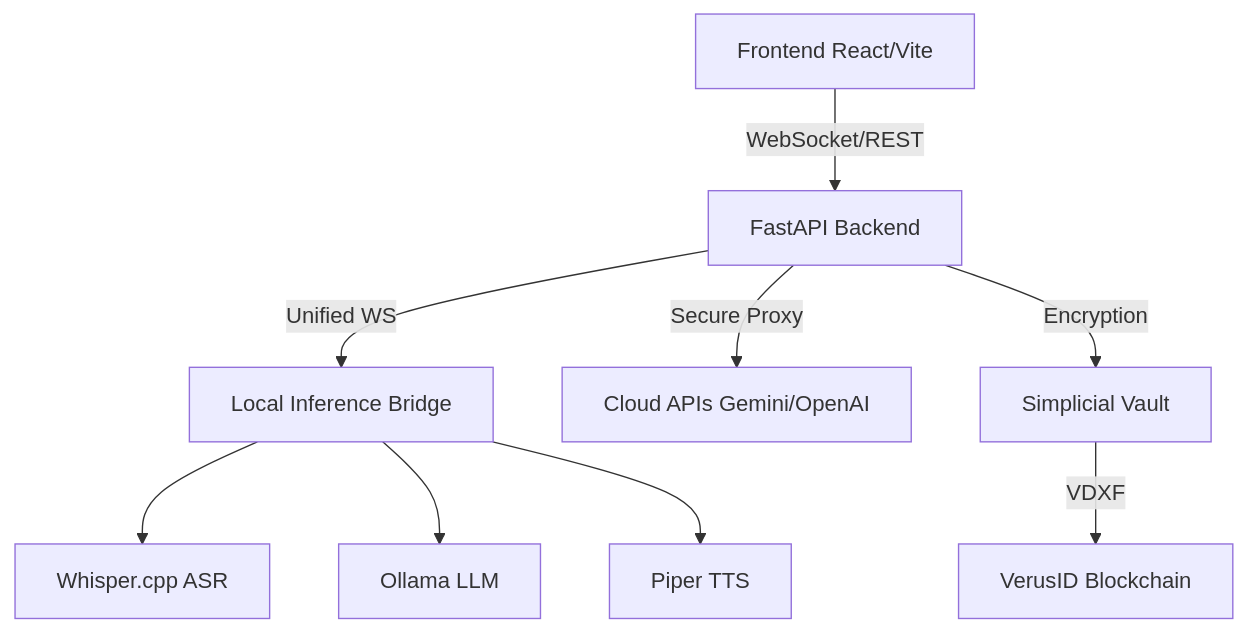
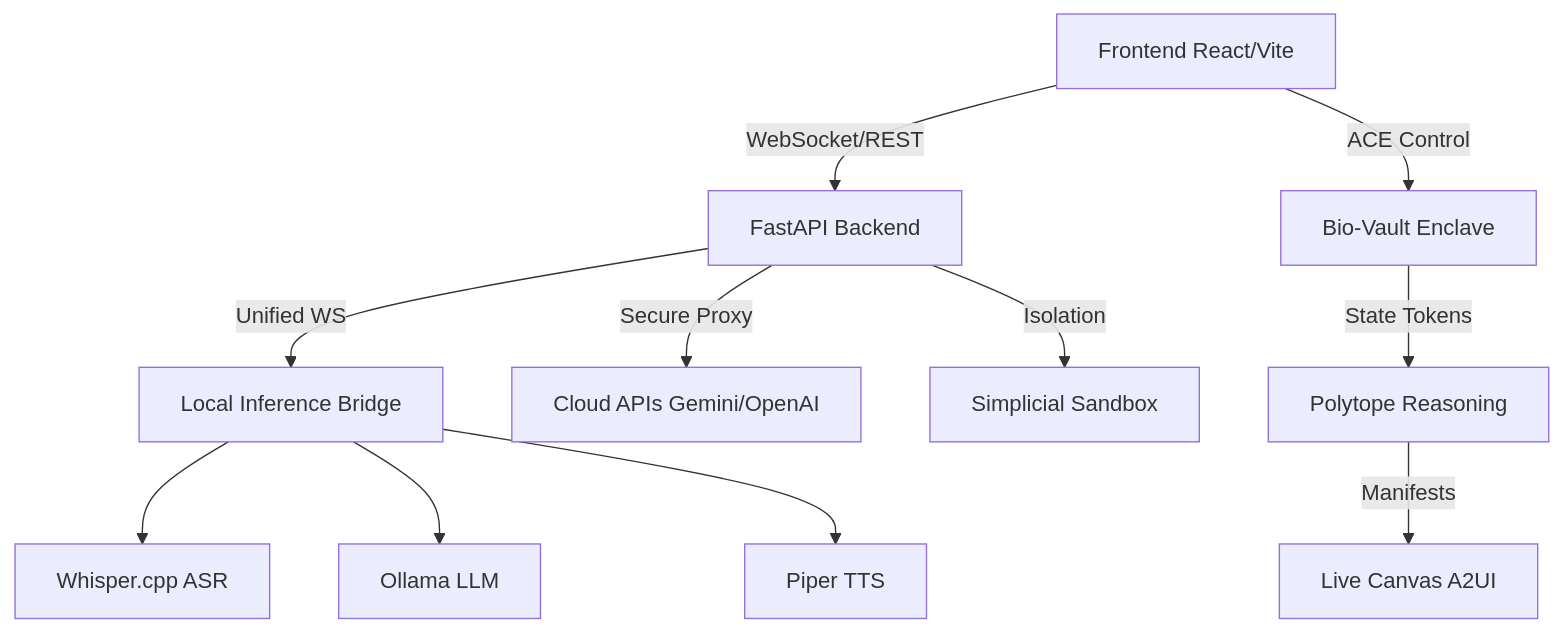
One commit to Alluci-Ai/alluci-sovereign-agent changed the diagram in README.md. Above: the diagram before and after it, drawn with Mermaid. The commit also changed other lines of this file, not shown here.

Commit message:
docs: finalize README with realized Polytope architecture details

````diff
--- a/README.md
+++ b/README.md
@@ -20,11 +20,13 @@
 ```mermaid
 graph TD
     A[Frontend React/Vite] -- WebSocket/REST --> B[FastAPI Backend]
     B -- Unified WS --> C[Local Inference Bridge]
     C --> D[Whisper.cpp ASR]
     C --> E[Ollama LLM]
     C --> F[Piper TTS]
-    B -- Secure Proxy --> G[Cloud APIs Gemini/OpenAI]
-    B -- Encryption --> H[Simplicial Vault]
-    H -- VDXF --> I[VerusID Blockchain]
+    A -- ACE Control --> G[Bio-Vault Enclave]
+    G -- State Tokens --> H[Polytope Reasoning]
+    H -- Manifests --> I[Live Canvas A2UI]
+    B -- Secure Proxy --> J[Cloud APIs Gemini/OpenAI]
+    B -- Isolation --> K[Simplicial Sandbox]
 ```
````
